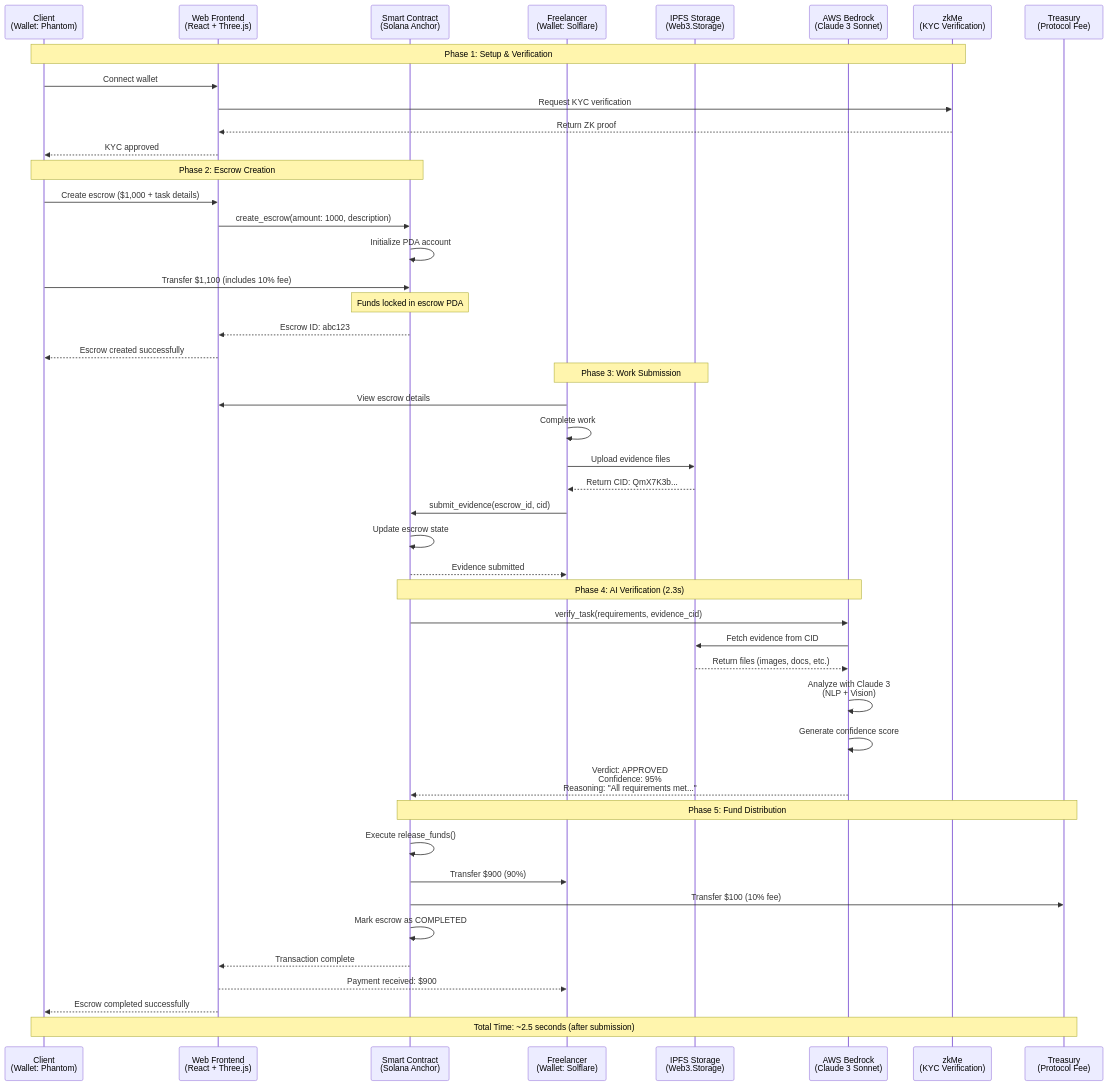
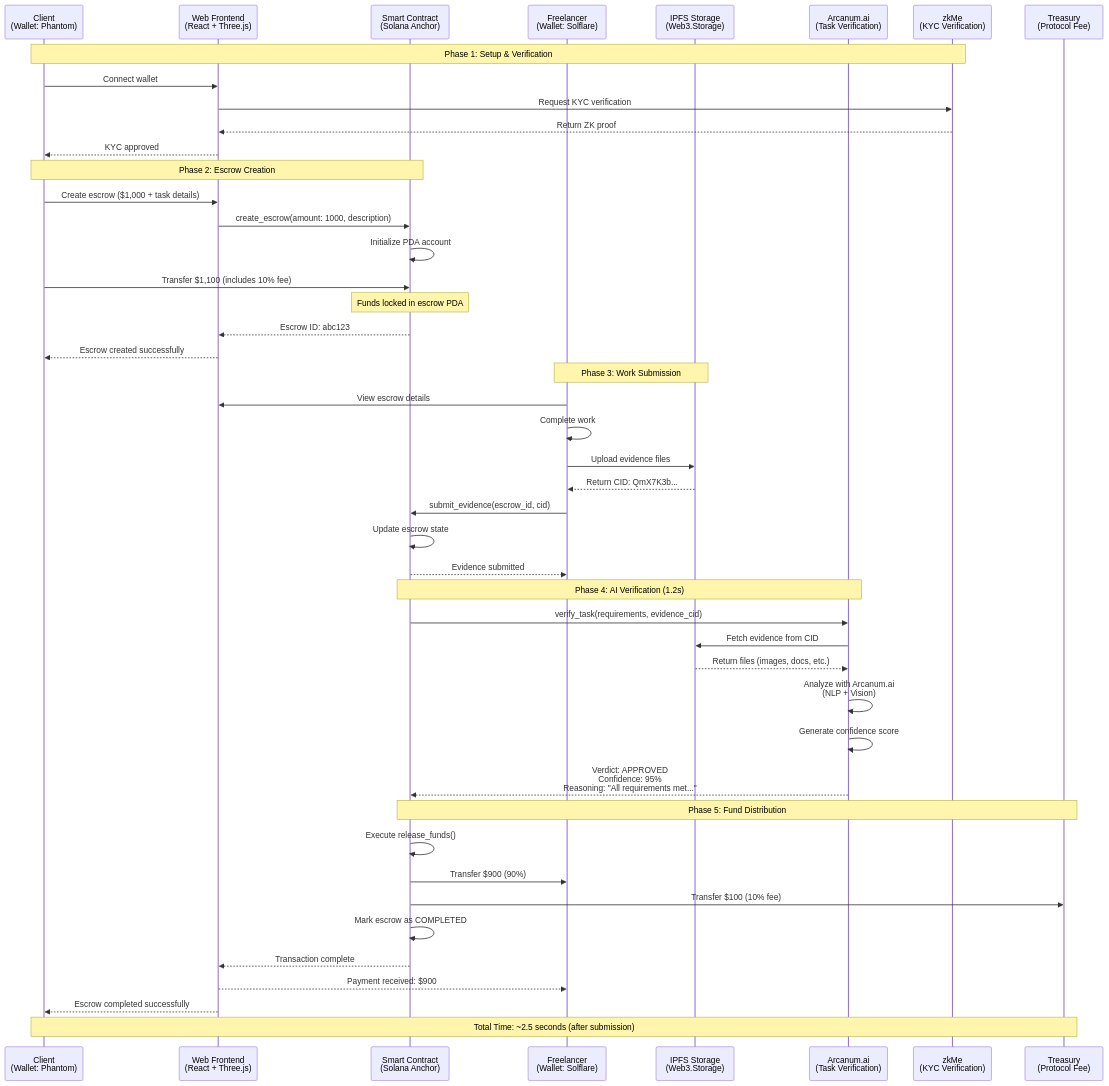
One commit to De-real-iManuel/aetherlock-docs changed the diagram in how-it-works.mdx. Above: the diagram before and after it, drawn with Mermaid. The commit also changed other lines of this file and 92 other files, not shown here.

Commit message:
Proof-of-Task Verification (PoTV)

````diff
--- a/how-it-works.mdx
+++ b/how-it-works.mdx
@@ -35,54 +35,54 @@
 ```mermaid
 sequenceDiagram
     participant C as Client<br/>(Wallet: Phantom)
     participant W as Web Frontend<br/>(React + Three.js)
     participant SC as Smart Contract<br/>(Solana Anchor)
     participant F as Freelancer<br/>(Wallet: Solflare)
     participant IPFS as IPFS Storage<br/>(Web3.Storage)
-    participant AI as AWS Bedrock<br/>(Claude 3 Sonnet)
+    participant AI as Arcanum.ai<br/>(Task Verification)
     participant ZK as zkMe<br/>(KYC Verification)
     participant T as Treasury<br/>(Protocol Fee)
     
     Note over C,ZK: Phase 1: Setup & Verification
     C->>W: Connect wallet
     W->>ZK: Request KYC verification
     ZK-->>W: Return ZK proof
     W-->>C: KYC approved
     
     Note over C,SC: Phase 2: Escrow Creation
     C->>W: Create escrow ($1,000 + task details)
     W->>SC: create_escrow(amount: 1000, description)
     SC->>SC: Initialize PDA account
     C->>SC: Transfer $1,100 (includes 10% fee)
     Note over SC: Funds locked in escrow PDA
     SC-->>W: Escrow ID: abc123
     W-->>C: Escrow created successfully
     
     Note over F,IPFS: Phase 3: Work Submission
     F->>W: View escrow details
     F->>F: Complete work
     F->>IPFS: Upload evidence files
     IPFS-->>F: Return CID: QmX7K3b...
     F->>SC: submit_evidence(escrow_id, cid)
     SC->>SC: Update escrow state
     SC-->>F: Evidence submitted
     
-    Note over SC,AI: Phase 4: AI Verification (2.3s)
+    Note over SC,AI: Phase 4: AI Verification (1.2s)
     SC->>AI: verify_task(requirements, evidence_cid)
     AI->>IPFS: Fetch evidence from CID
     IPFS-->>AI: Return files (images, docs, etc.)
-    AI->>AI: Analyze with Claude 3<br/>(NLP + Vision)
+    AI->>AI: Analyze with Arcanum.ai<br/>(NLP + Vision)
     AI->>AI: Generate confidence score
     AI-->>SC: Verdict: APPROVED<br/>Confidence: 95%<br/>Reasoning: "All requirements met..."
     
     Note over SC,T: Phase 5: Fund Distribution
     SC->>SC: Execute release_funds()
     SC->>F: Transfer $900 (90%)
     SC->>T: Transfer $100 (10% fee)
     SC->>SC: Mark escrow as COMPLETED
     SC-->>W: Transaction complete
     W-->>F: Payment received: $900
     W-->>C: Escrow completed successfully
     
     Note over C,T: Total Time: ~2.5 seconds (after submission)
 ```
````
